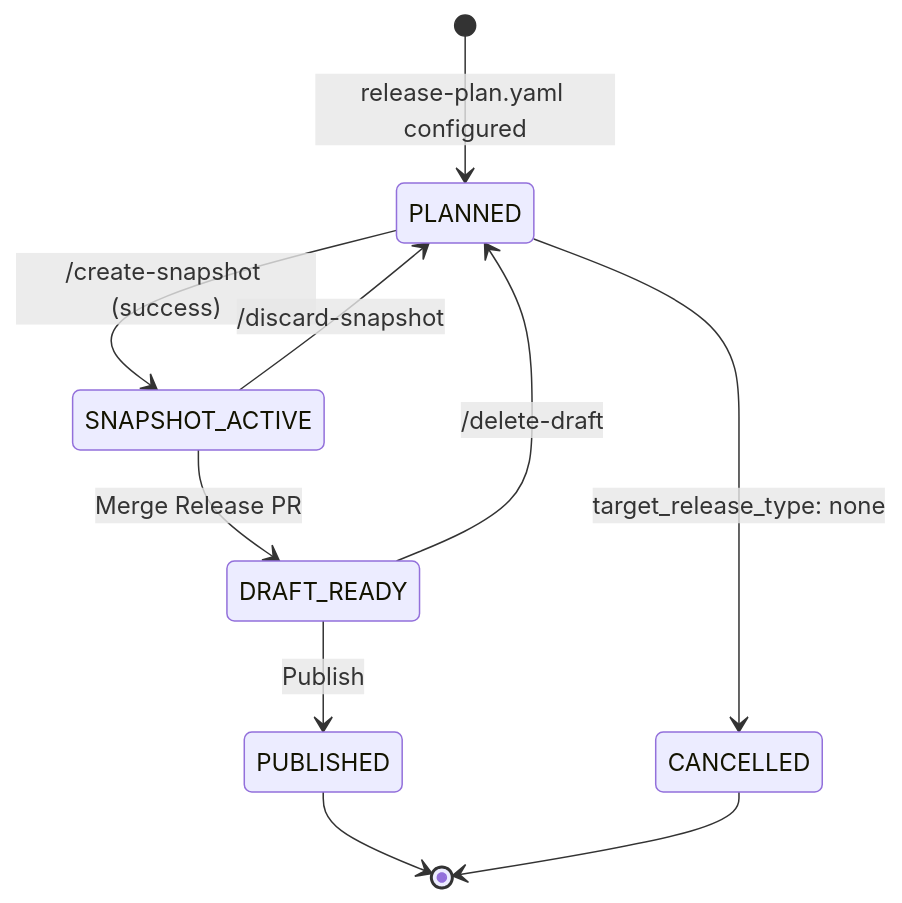
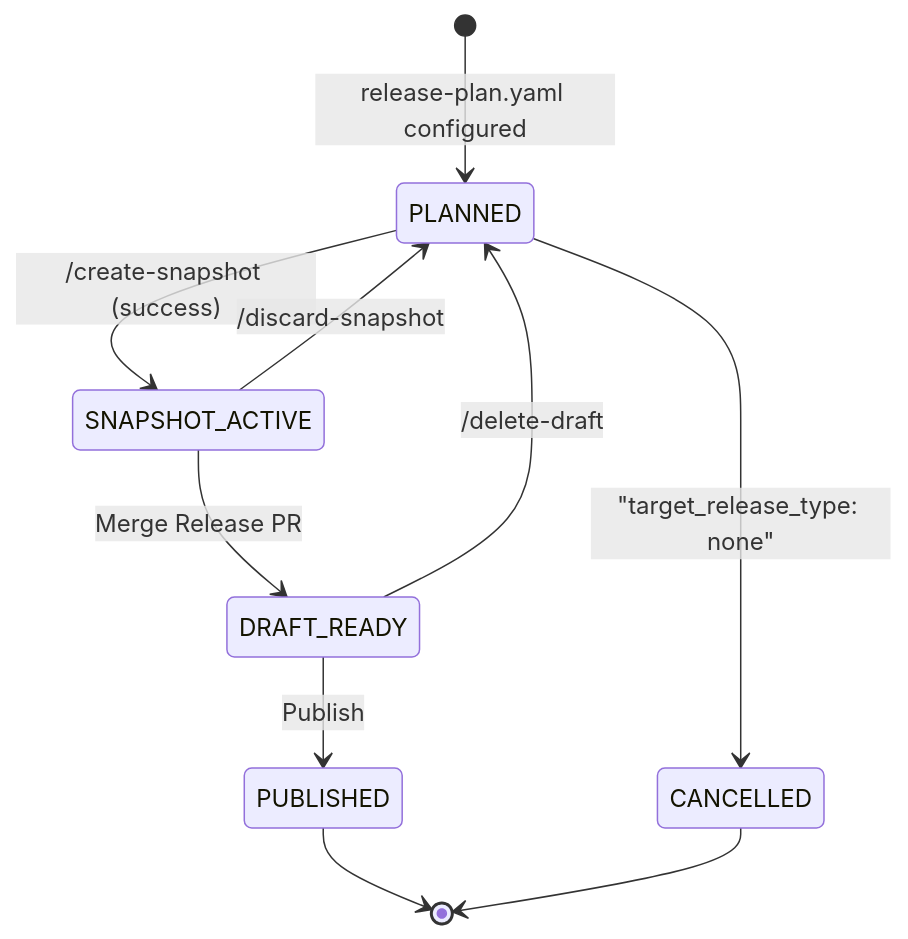
Before and after one commit to camaraproject/ReleaseManagement: the diagram in documentation/SupportingDocuments/CAMARA-Release-Creation-Detailed-Design.md, drawn with Mermaid.

Commit message:
Fix formatting of 'target_release_type' in diagram

````diff
--- a/documentation/SupportingDocuments/CAMARA-Release-Creation-Detailed-Design.md
+++ b/documentation/SupportingDocuments/CAMARA-Release-Creation-Detailed-Design.md
@@ -354,12 +354,12 @@
 ```mermaid
 stateDiagram-v2
     [*] --> PLANNED : release-plan.yaml configured
     PLANNED --> SNAPSHOT_ACTIVE : /create-snapshot (success)
-    PLANNED --> CANCELLED : target_release_type: none
+    PLANNED --> CANCELLED : "target_release_type: none"
     SNAPSHOT_ACTIVE --> PLANNED : /discard-snapshot
     SNAPSHOT_ACTIVE --> DRAFT_READY : Merge Release PR
     DRAFT_READY --> PLANNED : /delete-draft
     DRAFT_READY --> PUBLISHED : Publish
     PUBLISHED --> [*]
     CANCELLED --> [*]
 ```
````
